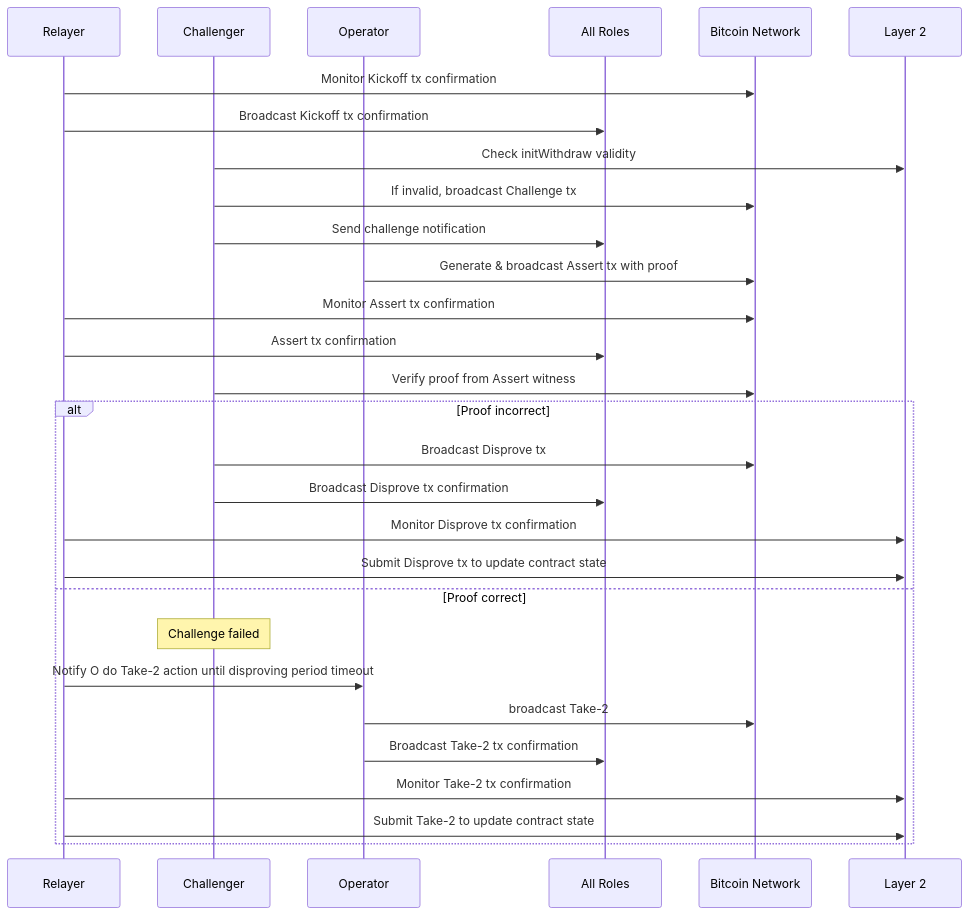
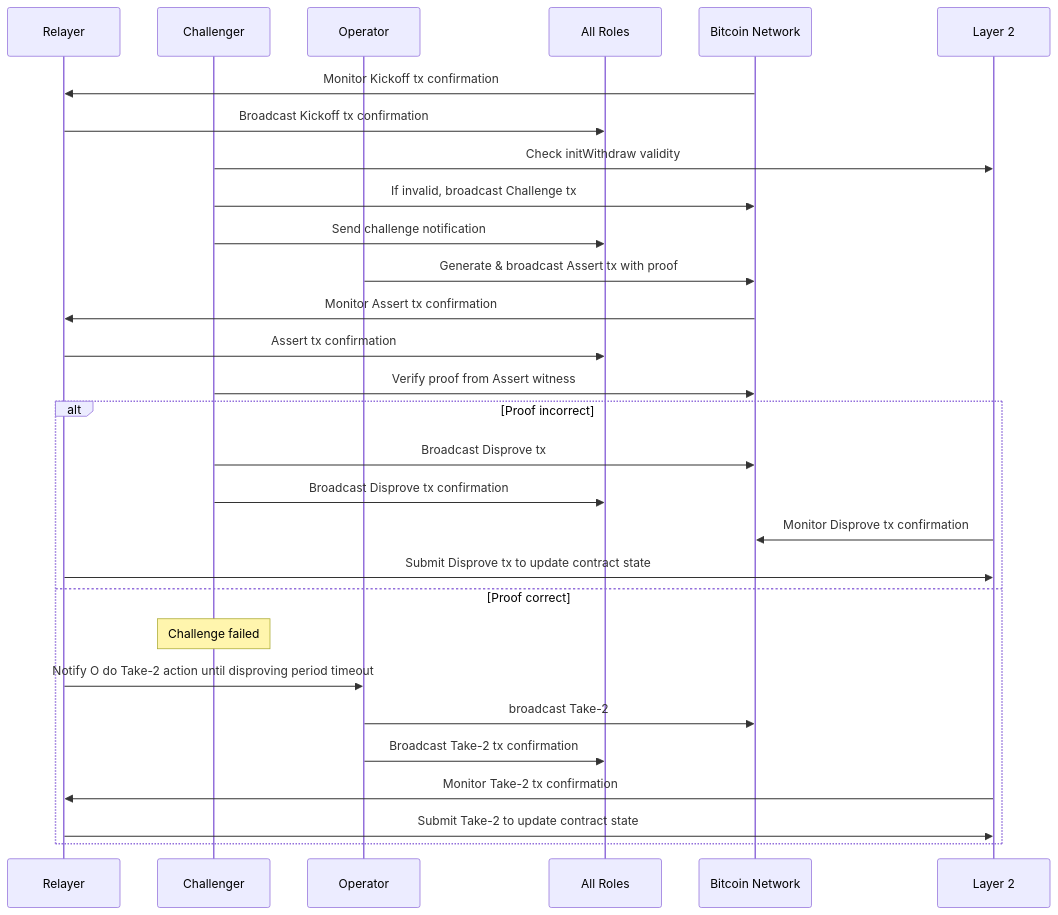
Before and after one commit to jackDev221/bitvm2-node: the fifth of 6 diagrams in README.md, drawn with Mermaid. The commit also changed other lines of this file, not shown here.

````diff
--- a/README.md
+++ b/README.md
@@ -95,32 +119,32 @@
 ```mermaid
 sequenceDiagram
     participant R as Relayer
     participant C as Challenger
     participant O as Operator
     participant A as All Roles
     participant B as Bitcoin Network
     participant L2 as Layer 2
     
-    R->>B: Monitor Kickoff tx confirmation 
+    B->>R: Monitor Kickoff tx confirmation 
     R->>A: Broadcast Kickoff tx confirmation
     C->>L2: Check initWithdraw validity
     C->>B: If invalid, broadcast Challenge tx
     C->>A: Send challenge notification
     O->>B: Generate & broadcast Assert tx with proof
-    R->>B: Monitor Assert tx confirmation
+    B->>R: Monitor Assert tx confirmation
     R->>A: Assert tx confirmation
     C->>B: Verify proof from Assert witness
     alt Proof incorrect
         C->>B: Broadcast Disprove tx
         C->>A: Broadcast Disprove tx confirmation
-        R->>L2: Monitor Disprove tx confirmation
+        L2->>B: Monitor Disprove tx confirmation
         R->>L2: Submit Disprove tx to update contract state
     else Proof correct
         Note over C: Challenge failed
         R->>O: Notify O do Take-2 action until disproving period timeout
         O->>B: broadcast Take-2
         O->>A: Broadcast Take-2 tx confirmation
-        R->>L2: Monitor Take-2 tx confirmation
+        L2->>R: Monitor Take-2 tx confirmation
         R->>L2: Submit Take-2 to update contract state
     end
 ```
````
